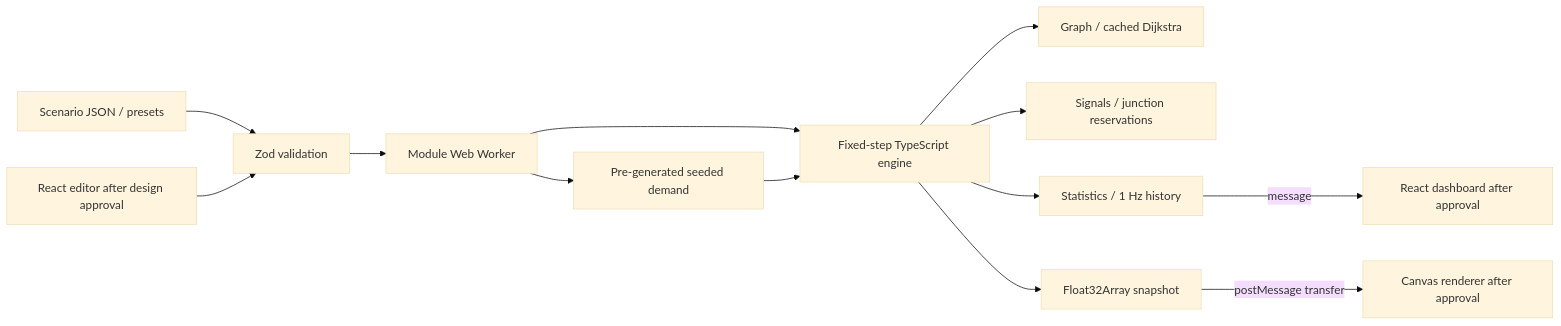
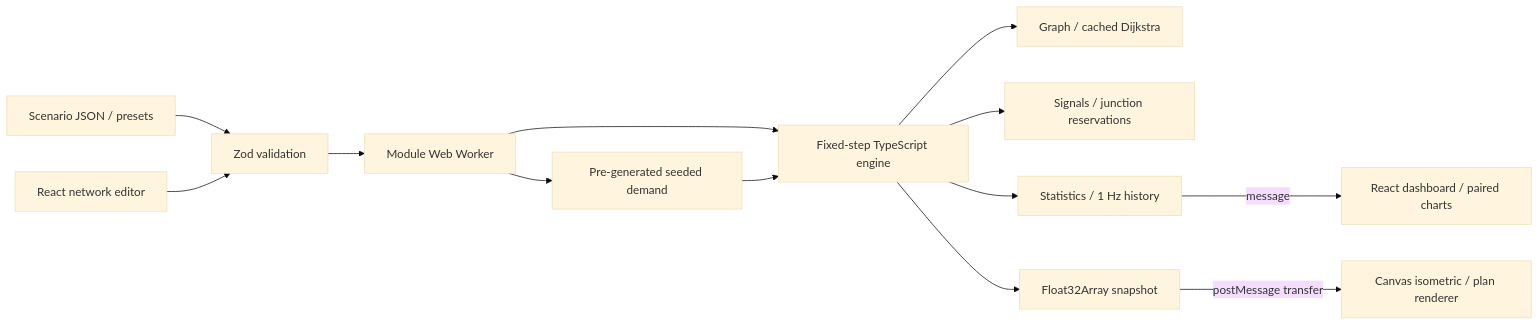
One commit to Wadat-sumi/flux changed the diagram in docs/architecture.md. Above: the diagram before and after it, drawn with Mermaid (base theme). The commit also changed other lines of this file and 33 other files, not shown here.

````diff
--- a/docs/architecture.md
+++ b/docs/architecture.md
@@ -3,15 +3,15 @@
 ```mermaid
 flowchart LR
   Import[Scenario JSON / presets] --> Schema[Zod validation]
-  Editor[React editor after design approval] --> Schema
+  Editor[React network editor] --> Schema
   Schema --> Worker[Module Web Worker]
   Worker --> Demand[Pre-generated seeded demand]
   Worker --> Engine[Fixed-step TypeScript engine]
   Demand --> Engine
   Engine --> Graph[Graph / cached Dijkstra]
   Engine --> Control[Signals / junction reservations]
   Engine --> Stats[Statistics / 1 Hz history]
   Engine --> Pack[Float32Array snapshot]
-  Pack -->|postMessage transfer| Canvas[Canvas renderer after approval]
-  Stats -->|message| Metrics[React dashboard after approval]
+  Pack -->|postMessage transfer| Canvas[Canvas isometric / plan renderer]
+  Stats -->|message| Metrics[React dashboard / paired charts]
 ```
````
